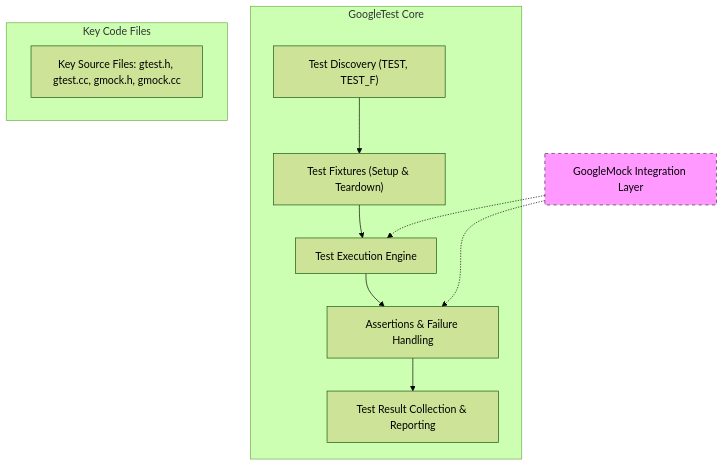
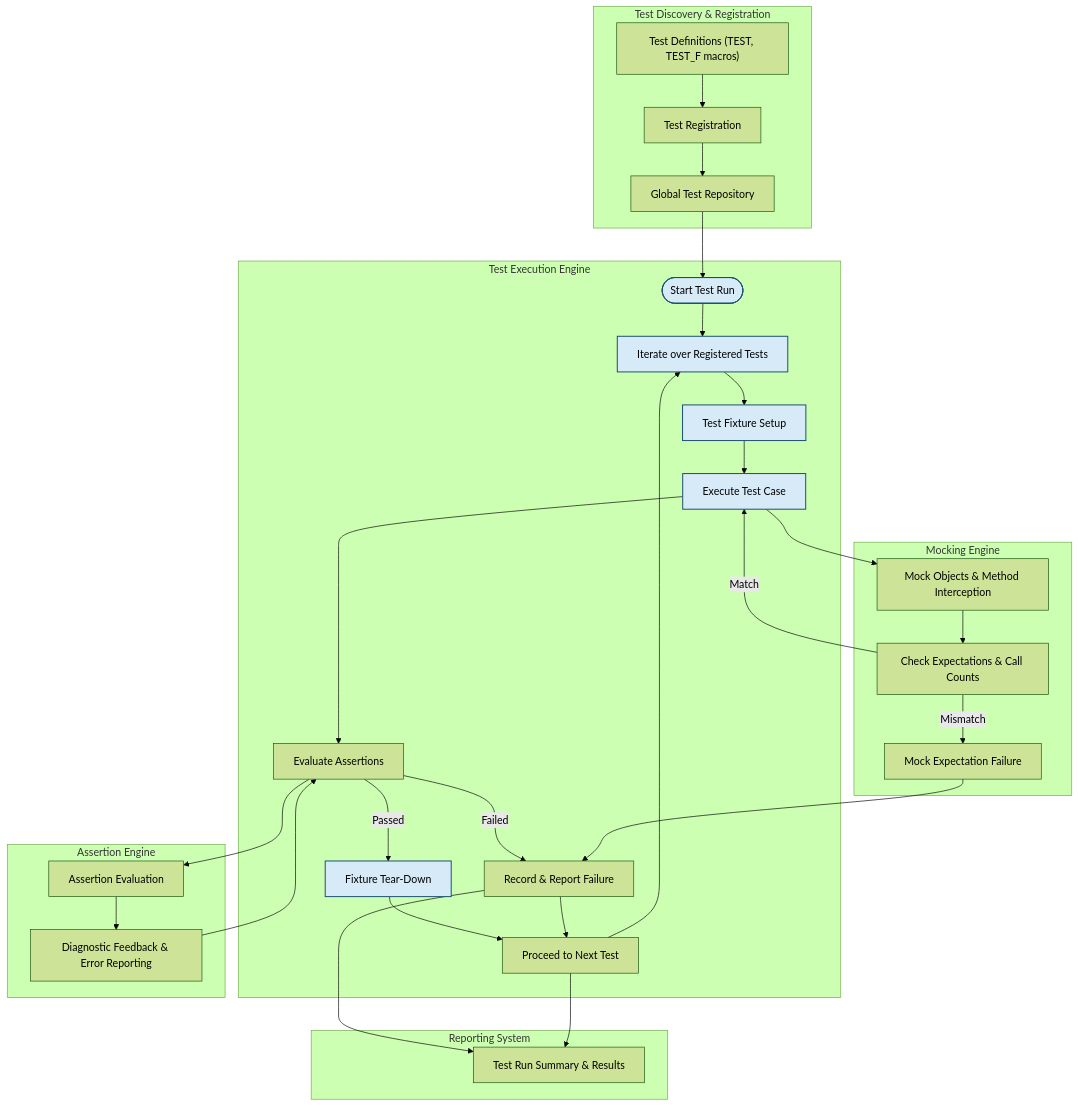
The diagram in overview/core-concepts-architecture/architecture-diagram.mdx (clidey/docucod-public-project-869ef7c3-7eff-4ad2-9765-2698303f14d7), drawn with Mermaid (forest theme) before and after one commit. The commit also changed other lines of this file and 55 other files, not shown here.

````diff
--- a/overview/core-concepts-architecture/architecture-diagram.mdx
+++ b/overview/core-concepts-architecture/architecture-diagram.mdx
@@ -45,41 +71,48 @@
 ```mermaid
 flowchart TD
-  %% Core Components
-  TestDiscovery["Test Discovery (TEST, TEST_F)"]
-  FixtureSetup["Test Fixtures (Setup & Teardown)"]
-  TestExecution["Test Execution Engine"]
-  Assertions["Assertions & Failure Handling"]
-  ResultCollection["Test Result Collection & Reporting"]
-
-  %% Optional Layer
-  GoogleMockLayer["GoogleMock Integration Layer"]
-
-  %% Key Files Indication
-  KeyFiles["Key Source Files: gtest.h, gtest.cc, gmock.h, gmock.cc"]
-
-  %% Relationships
-  TestDiscovery --> FixtureSetup
-  FixtureSetup --> TestExecution
-  TestExecution --> Assertions
-  Assertions --> ResultCollection
-  GoogleMockLayer -.-> TestExecution
-  GoogleMockLayer -.-> Assertions
-
-  %% Labels
-  classDef optional fill:#f9f,stroke:#333,stroke-dasharray: 5 5;
-  class GoogleMockLayer optional;
-
-  %% Grouping
-  subgraph GoogleTest Core
-    TestDiscovery
-    FixtureSetup
-    TestExecution
-    Assertions
-    ResultCollection
+  subgraph Test Discovery & Registration
+    MTestDefs["Test Definitions (TEST, TEST_F macros)"] --> Reg["Test Registration"]
+    Reg --> GlobalRepo["Global Test Repository"]
   end
 
-  subgraph "Key Code Files"
-    KeyFiles
+  subgraph Test Execution Engine
+    StartTest(["Start Test Run"])
+    GlobalRepo --> StartTest
+    StartTest --> Iteration["Iterate over Registered Tests"]
+    Iteration --> Setup["Test Fixture Setup"]
+    Setup --> RunTest["Execute Test Case"]
+    RunTest --> AssertionCheck["Evaluate Assertions"]
+    AssertionCheck -->|Passed| TearDown["Fixture Tear-Down"]
+    AssertionCheck -->|Failed| ReportFailure["Record & Report Failure"]
+    TearDown --> NextTest["Proceed to Next Test"]
+    ReportFailure --> NextTest
+    NextTest --> Iteration
   end
 
+  subgraph Assertion Engine
+    AssertionCheck --> Eval["Assertion Evaluation"]
+    Eval --> Feedback["Diagnostic Feedback & Error Reporting"]
+    Feedback --> AssertionCheck
+  end
+
+  subgraph Mocking Engine
+    RunTest --> MockObjs["Mock Objects & Method Interception"]
+    MockObjs --> ExpectCheck["Check Expectations & Call Counts"]
+    ExpectCheck -->|Match| RunTest
+    ExpectCheck -->|Mismatch| MockFail["Mock Expectation Failure"]
+    MockFail --> ReportFailure
+  end
+
+  subgraph Reporting System
+    ReportFailure --> Summary["Test Run Summary & Results"]
+    NextTest --> Summary
+  end
+
+  classDef mainfill fill:#D6EAF8,stroke:#1B4F72,stroke-width:1.5px;
+  class TestExecutionEngine mainfill
+
+  class Setup,RunTest,TearDown,Iteration,StartTest mainfill
+
+  click MTestDefs "googletest/README.md" "View Test Macro Definitions"
+  click MockObjs "googlemock/README.md" "Learn More About GoogleMock"
 ```
````
